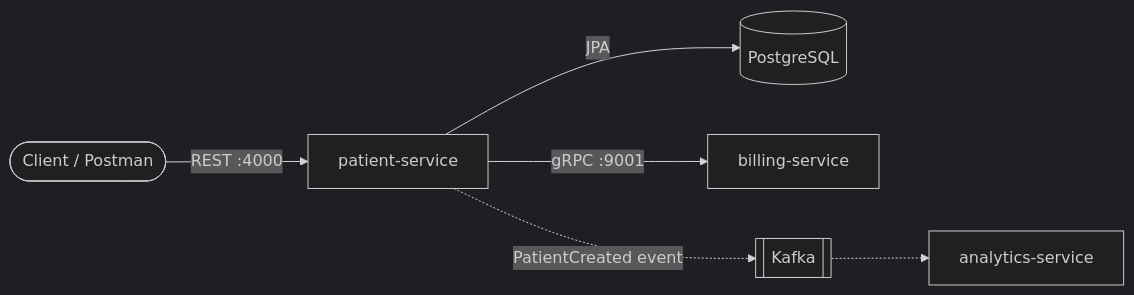
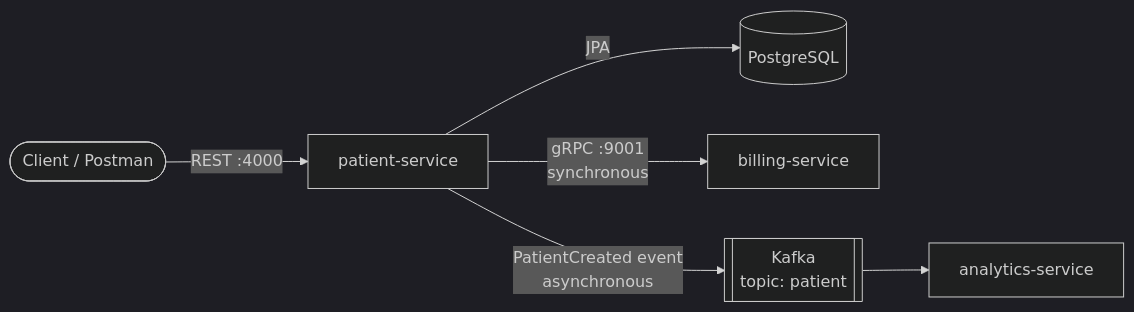
The diagram in README.md (anilsingaria/patient-management), drawn with Mermaid (dark theme) before and after one commit. The commit also changed other lines of this file, not shown here.

Commit message:
Update README with Kafka event streaming and analytics-service

````diff
--- a/README.md
+++ b/README.md
@@ -15,8 +16,8 @@
 ```mermaid
 flowchart LR
     Client([Client / Postman]) -->|REST :4000| PS[patient-service]
     PS -->|JPA| DB[(PostgreSQL)]
-    PS -->|gRPC :9001| BS[billing-service]
-    PS -.->|PatientCreated event| K[[Kafka]]
-    K -.-> AS[analytics-service]
+    PS -->|gRPC :9001<br/>synchronous| BS[billing-service]
+    PS -->|PatientCreated event<br/>asynchronous| K[[Kafka<br/>topic: patient]]
+    K --> AS[analytics-service]
 ```
````
